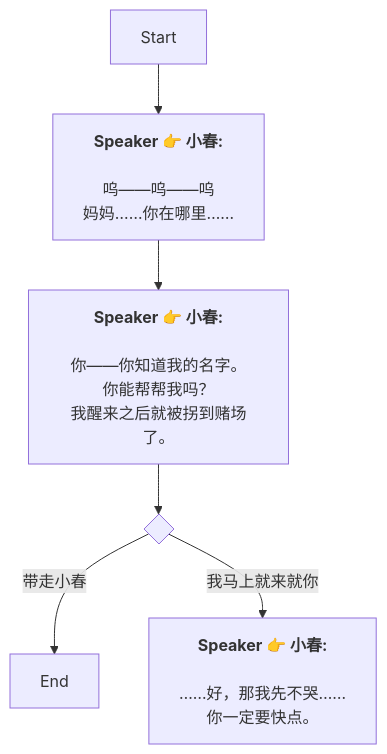
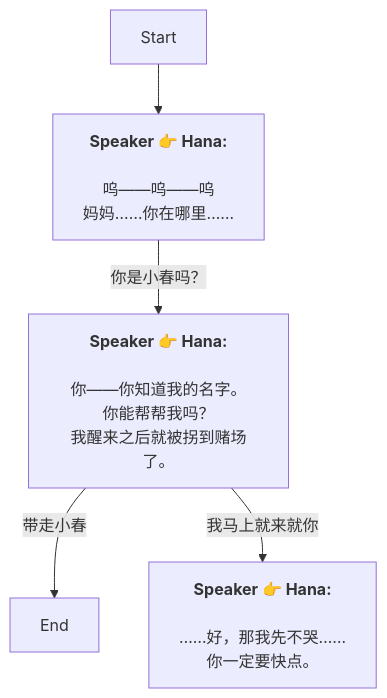
One commit to SoftHu/tos_avg changed the diagram in Zh/Dialog_55189570570308.md. Above: the diagram before and after it, drawn with Mermaid. The commit also changed 737 other files, not shown here.

````diff
--- a/Zh/Dialog_55189570570308.md
+++ b/Zh/Dialog_55189570570308.md
@@ -1,19 +1,12 @@
 ```mermaid
 graph
-Start -->1766066321450738[<b>Speaker 👉 小春:</b>
+Start -->1766066321450738[<b>Speaker 👉 Hana:</b>
+\n呜——呜——呜\n妈妈……你在哪里……]
+1766066321450738 -->|你是小春吗？|1766066401604344[<b>Speaker 👉 Hana:</b>
+\n你——你知道我的名字。\n你能帮帮我吗？
+我醒来之后就被拐到赌场了。]
+1766066401604344 -->|带走小春|1766066325883635[End]
+1766066401604344 -->|我马上就来就你|1766066504773374[<b>Speaker 👉 Hana:</b>
+\n……好，那我先不哭……\n你一定要快点。]
 
-呜——呜——呜
-妈妈……你在哪里……]
-1766066321450738 -->1766066401604344[<b>Speaker 👉 小春:</b>
-
-你——你知道我的名字。
-你能帮帮我吗？
-我醒来之后就被拐到赌场了。]
-1766066401604344 -->1766066463684347{ }
-1766066463684347 -->|带走小春|1766066325883635[End]
-1766066463684347 -->|我马上就来就你|1766066504773374[<b>Speaker 👉 小春:</b>
-
-……好，那我先不哭……
-你一定要快点。]
-
- ```
+```
````
